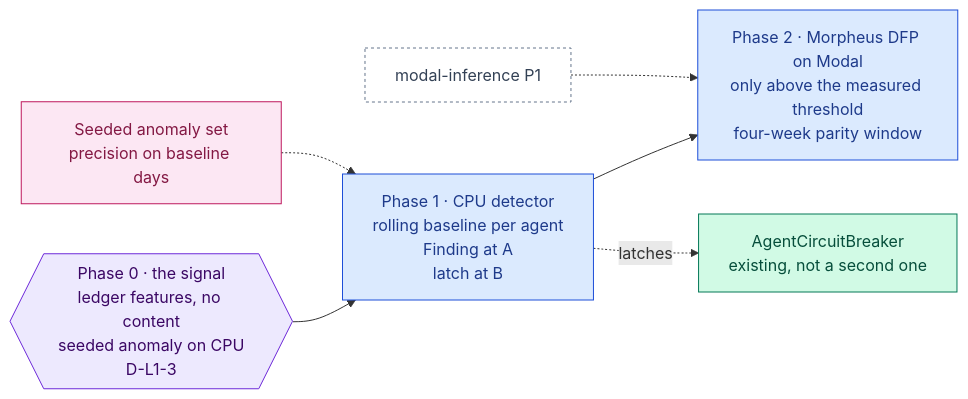
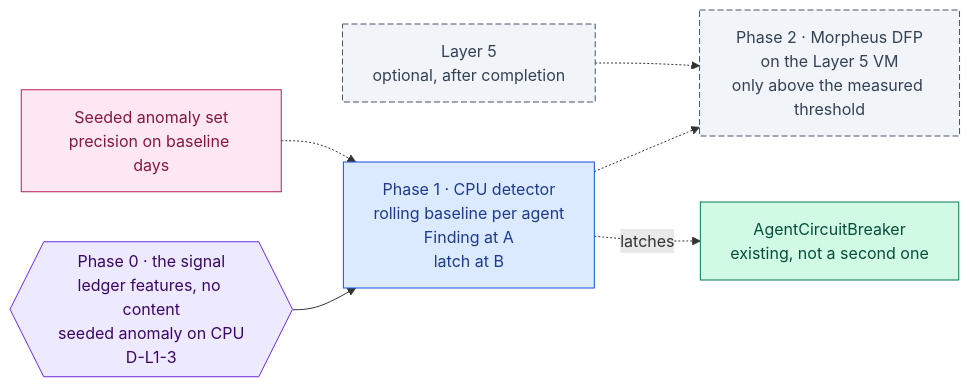
Before and after one commit to RodnaPamet/inflect-compliance: the diagram in docs/ai-architecture/morpheus.md, drawn with Mermaid. The commit also changed other lines of this file and 21 other files, not shown here.

First line of the commit message:
docs(ai-architecture): the roadmap is complete without Layer 5; models through API keys

````diff
--- a/docs/ai-architecture/morpheus.md
+++ b/docs/ai-architecture/morpheus.md
@@ -29,20 +30,22 @@
 ```mermaid
 flowchart LR
   P0{{"Phase 0 · the signal<br/>ledger features, no content<br/>seeded anomaly on CPU<br/>D-L1-3"}}:::gate
   P1["Phase 1 · CPU detector<br/>rolling baseline per agent<br/>Finding at A<br/>latch at B"]:::todo
-  P2["Phase 2 · Morpheus DFP on Modal<br/>only above the measured threshold<br/>four-week parity window"]:::todo
+  P2["Phase 2 · Morpheus DFP<br/>on the Layer 5 VM<br/>only above the measured threshold"]:::optional
   BRK["AgentCircuitBreaker<br/>existing, not a second one"]:::done
-  MOD["modal-inference P1"]:::ext
+  MOD["Layer 5<br/>optional, after completion"]:::optional
   SEED["Seeded anomaly set<br/>precision on baseline days"]:::eval
-  P0 --> P1 --> P2
+  P0 --> P1
+  P1 -.-> P2
   P1 -.->|latches| BRK
   MOD -.-> P2
   SEED -.-> P1
 
   classDef done fill:#d1fae5,stroke:#047857,color:#064e3b
   classDef todo fill:#dbeafe,stroke:#1d4ed8,color:#1e3a8a
   classDef gate fill:#ede9fe,stroke:#6d28d9,color:#3b0764
   classDef ext fill:#ffffff,stroke:#64748b,color:#334155,stroke-dasharray:3 3
   classDef eval fill:#fce7f3,stroke:#be185d,color:#831843
   classDef declined fill:#f3f4f6,stroke:#6b7280,color:#374151,stroke-dasharray:4 3
+  classDef optional fill:#f1f5f9,stroke:#475569,color:#334155,stroke-dasharray:6 3
 ```
````
